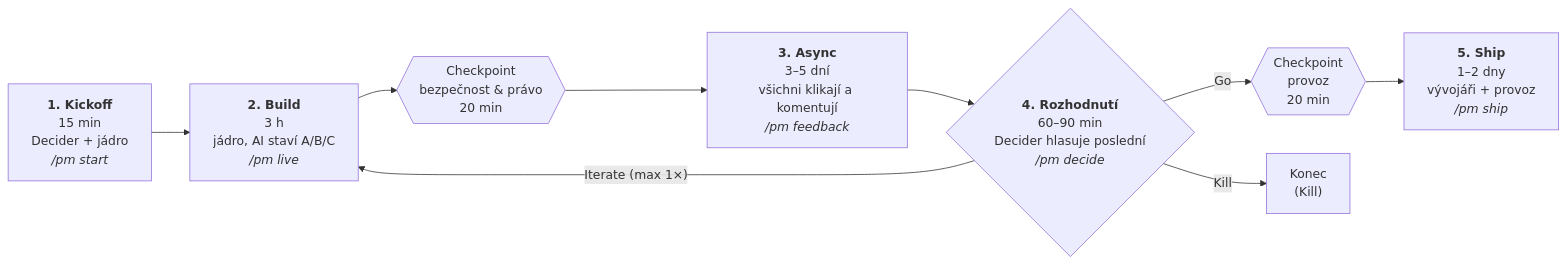
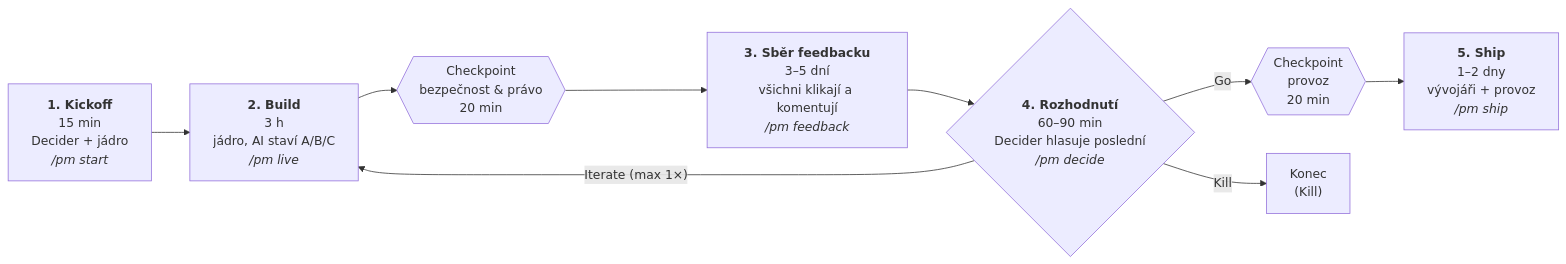
The first of 3 diagrams in docs/postup.md (gizmax/PflanzerMethod), drawn with Mermaid before and after one commit. The commit also changed other lines of this file and 64 other files, not shown here.

First line of the commit message:
feat: jednodušší flow (expertní panel – UX, EM, nováček)

````diff
--- a/docs/postup.md
+++ b/docs/postup.md
@@ -13,16 +14,16 @@
 ```mermaid
 flowchart LR
     K["<b>1. Kickoff</b><br/>15 min<br/>Decider + jádro<br/><i>/pm start</i>"]
     B["<b>2. Build</b><br/>3 h<br/>jádro, AI staví A/B/C<br/><i>/pm live</i>"]
     S{{"Checkpoint<br/>bezpečnost & právo<br/>20 min"}}
-    A["<b>3. Async</b><br/>3–5 dní<br/>všichni klikají a komentují<br/><i>/pm feedback</i>"]
+    A["<b>3. Sběr feedbacku</b><br/>3–5 dní<br/>všichni klikají a komentují<br/><i>/pm feedback</i>"]
     R{"<b>4. Rozhodnutí</b><br/>60–90 min<br/>Decider hlasuje poslední<br/><i>/pm decide</i>"}
     P{{"Checkpoint<br/>provoz<br/>20 min"}}
     SH["<b>5. Ship</b><br/>1–2 dny<br/>vývojáři + provoz<br/><i>/pm ship</i>"]
     X["Konec<br/>(Kill)"]
 
     K --> B --> S --> A --> R
     R -- Go --> P --> SH
     R -- "Iterate (max 1×)" --> B
     R -- Kill --> X
 ```
````
